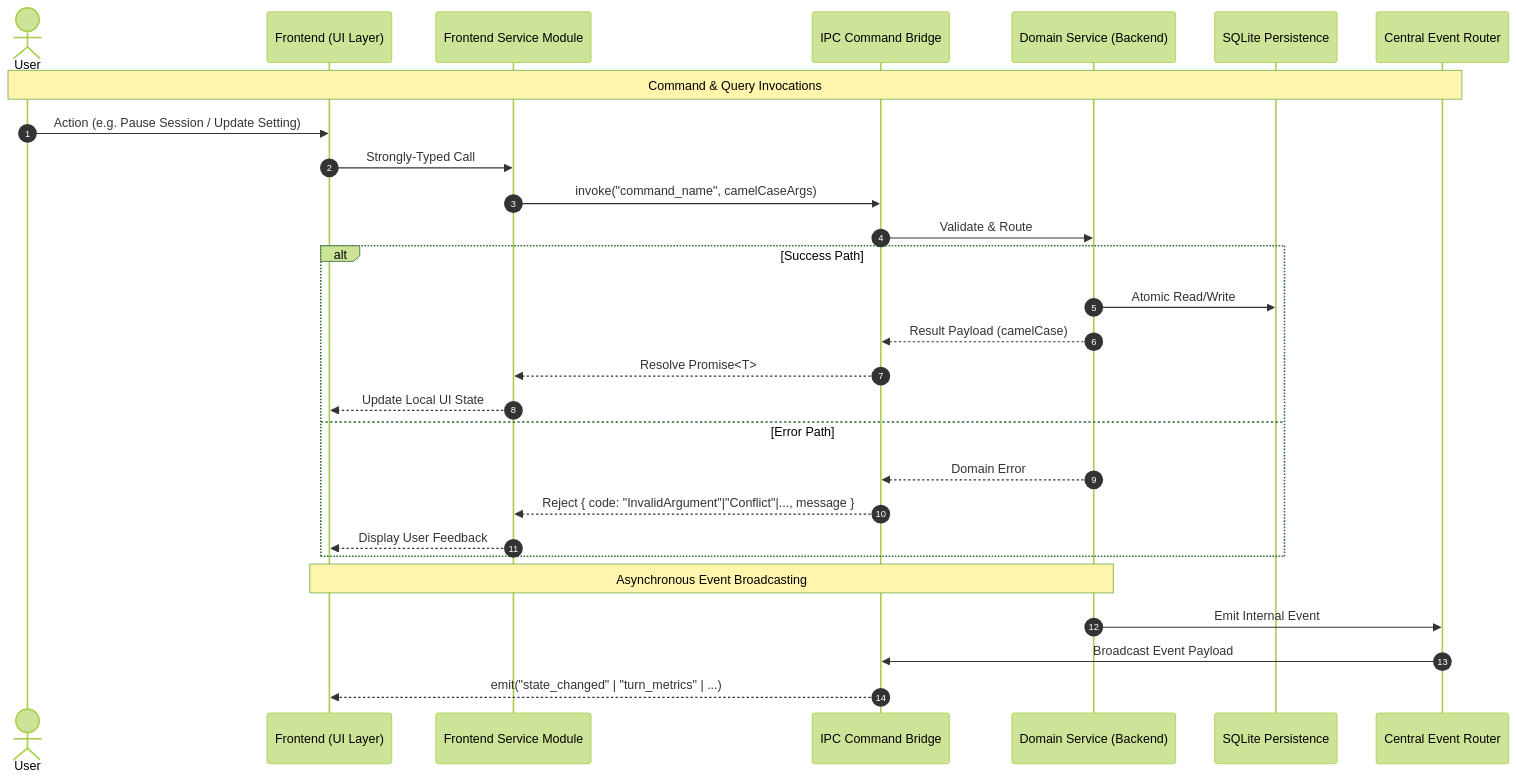
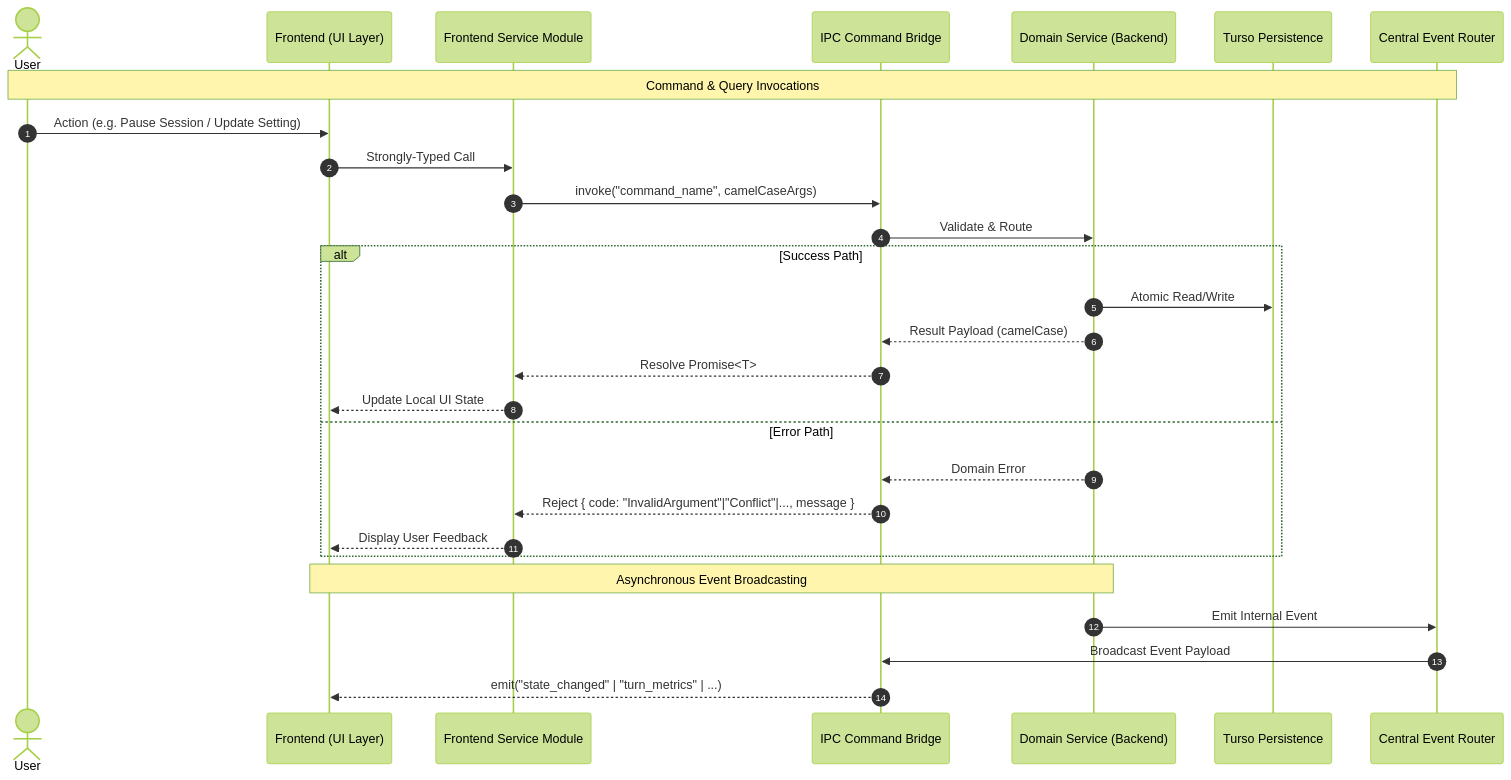
The diagram in docs/specs/ipc-spec.md (addy-47/vox), drawn with Mermaid (forest theme) before and after one commit. The commit also changed 30 other files, not shown here.

````diff
--- a/docs/specs/ipc-spec.md
+++ b/docs/specs/ipc-spec.md
@@ -50,32 +50,32 @@
 ```mermaid
 sequenceDiagram
     autonumber
     actor User
     participant UI as Frontend (UI Layer)
     participant SVC as Frontend Service Module
     participant IPC as IPC Command Bridge
     participant DOM as Domain Service (Backend)
-    participant DB as SQLite Persistence
+    participant DB as Turso Persistence
     participant EVT as Central Event Router
 
     Note over User,EVT: Command & Query Invocations
     User->>UI: Action (e.g. Pause Session / Update Setting)
     UI->>SVC: Strongly-Typed Call
     SVC->>IPC: invoke("command_name", camelCaseArgs)
     IPC->>DOM: Validate & Route
     alt Success Path
         DOM->>DB: Atomic Read/Write
         DOM-->>IPC: Result Payload (camelCase)
         IPC-->>SVC: Resolve Promise<T>
         SVC-->>UI: Update Local UI State
     else Error Path
         DOM-->>IPC: Domain Error
         IPC-->>SVC: Reject { code: "InvalidArgument"|"Conflict"|..., message }
         SVC-->>UI: Display User Feedback
     end
 
     Note over DOM,UI: Asynchronous Event Broadcasting
     DOM->>EVT: Emit Internal Event
     EVT->>IPC: Broadcast Event Payload
     IPC-->>UI: emit("state_changed" | "turn_metrics" | ...)
 ```
````
